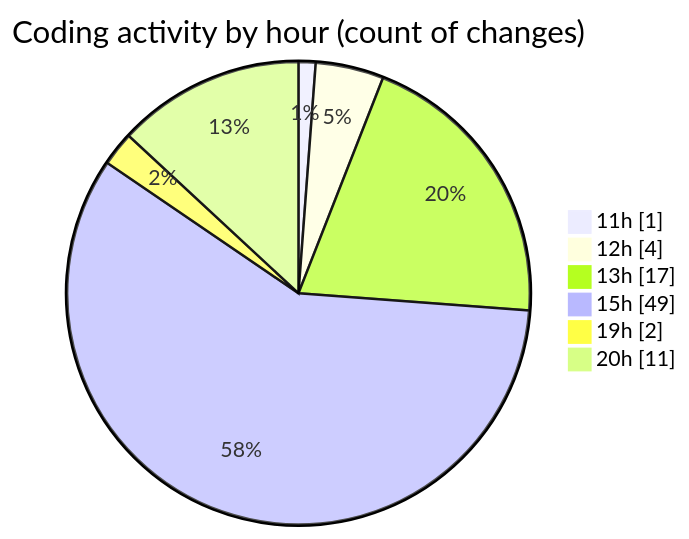
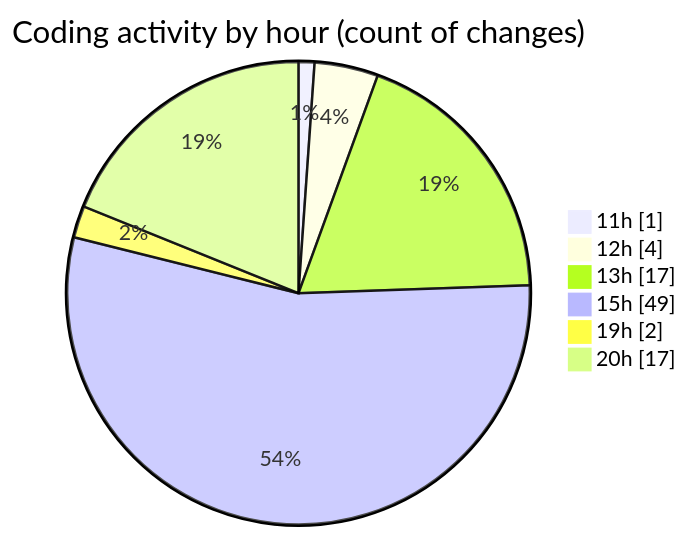
The second of 2 diagrams in 2025-09-28/nxtqube_webapp/README.md (nxtqubesakshisongat/code-tracking), drawn with Mermaid before and after one commit. The commit also changed other lines of this file and 1 other file, not shown here.

````diff
--- a/2025-09-28/nxtqube_webapp/README.md
+++ b/2025-09-28/nxtqube_webapp/README.md
@@ -32,10 +32,10 @@
 ```mermaid
 pie showData
 title Coding activity by hour (count of changes)
 "11h" : 1
 "12h" : 4
 "13h" : 17
 "15h" : 49
 "19h" : 2
-"20h" : 11
+"20h" : 17
 ```
````
